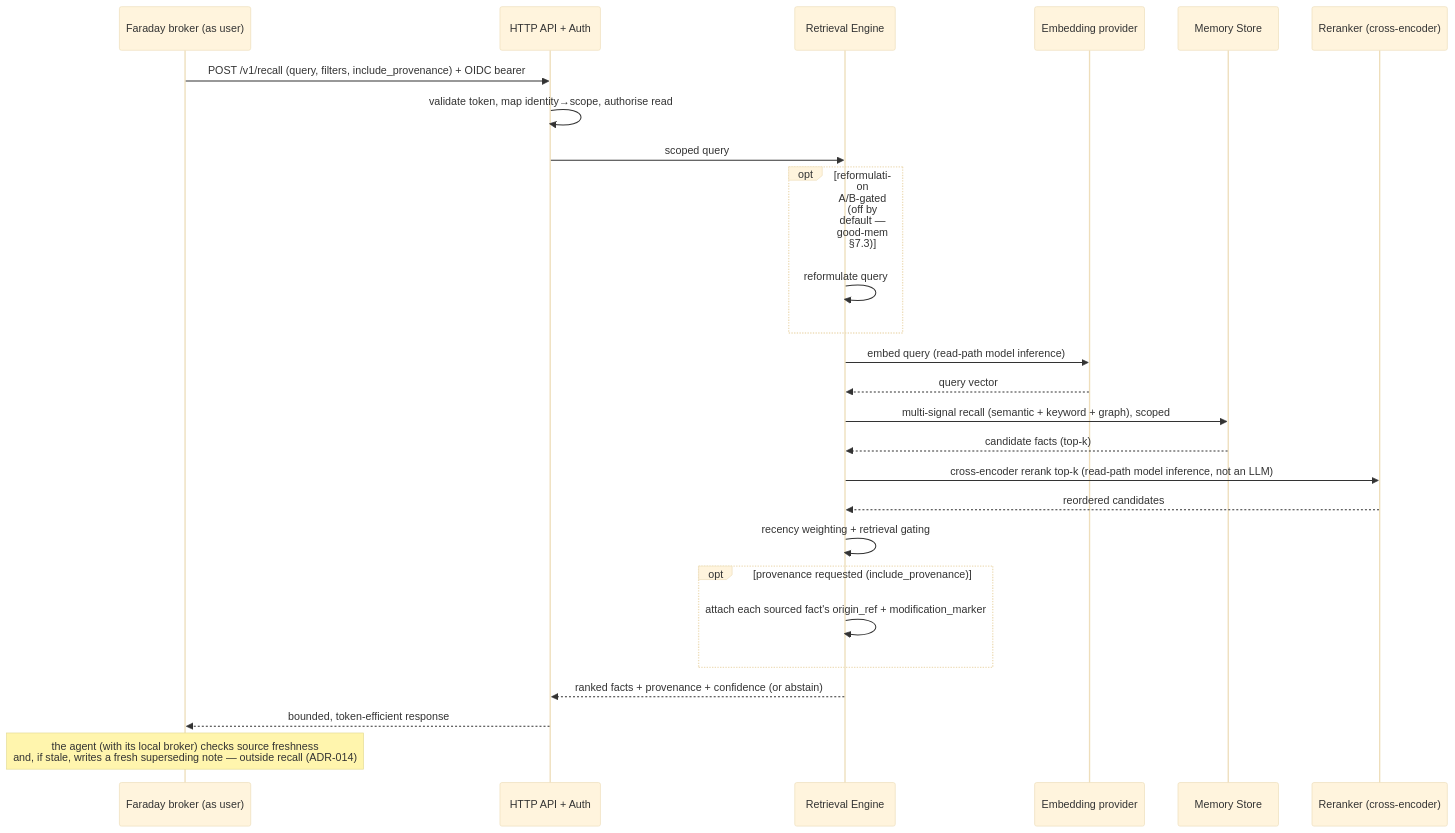
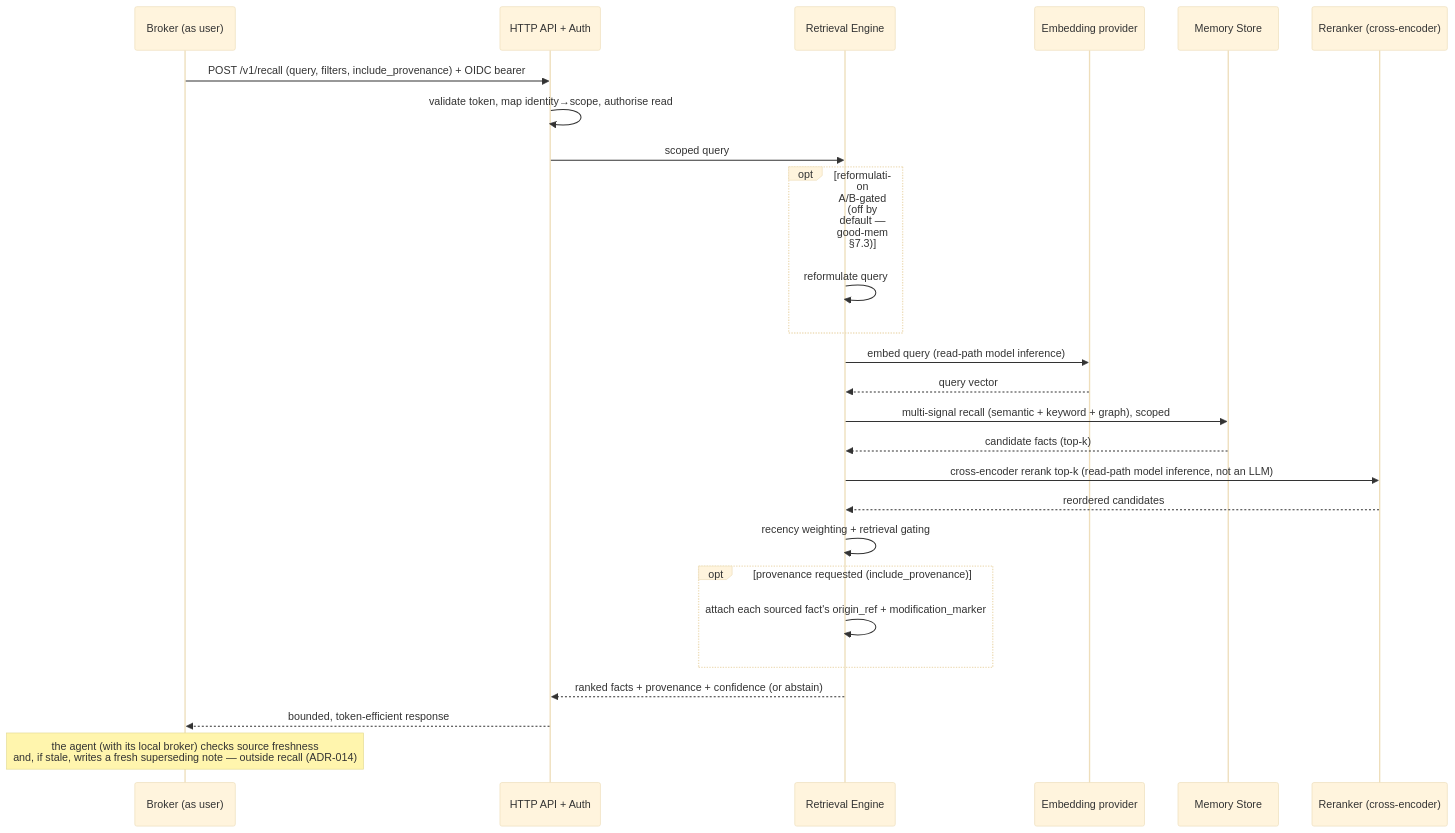
Before and after one commit to gatblau/recall: the first of 4 diagrams in docs/design/agentic-memory/03-sequences.md, drawn with Mermaid (base theme). The commit also changed other lines of this file and 11 other files, not shown here.

````diff
--- a/docs/design/agentic-memory/03-sequences.md
+++ b/docs/design/agentic-memory/03-sequences.md
@@ -9,29 +9,29 @@
 ```mermaid
 sequenceDiagram
-    participant Broker as Faraday broker (as user)
+    participant Broker as Broker (as user)
     participant API as HTTP API + Auth
     participant Ret as Retrieval Engine
     participant Embed as Embedding provider
     participant Store as Memory Store
     participant Rerank as Reranker (cross-encoder)
 
     Broker->>API: POST /v1/recall (query, filters, include_provenance) + OIDC bearer
     API->>API: validate token, map identity→scope, authorise read
     API->>Ret: scoped query
     opt reformulation A/B-gated (off by default — good-mem §7.3)
         Ret->>Ret: reformulate query
     end
     Ret->>Embed: embed query (read-path model inference)
     Embed-->>Ret: query vector
     Ret->>Store: multi-signal recall (semantic + keyword + graph), scoped
     Store-->>Ret: candidate facts (top-k)
     Ret->>Rerank: cross-encoder rerank top-k (read-path model inference, not an LLM)
     Rerank-->>Ret: reordered candidates
     Ret->>Ret: recency weighting + retrieval gating
     opt provenance requested (include_provenance)
         Ret->>Ret: attach each sourced fact's origin_ref + modification_marker
     end
     Ret-->>API: ranked facts + provenance + confidence (or abstain)
     API-->>Broker: bounded, token-efficient response
     Note over Broker: the agent (with its local broker) checks source freshness<br/>and, if stale, writes a fresh superseding note — outside recall (ADR-014)
 ```
````
